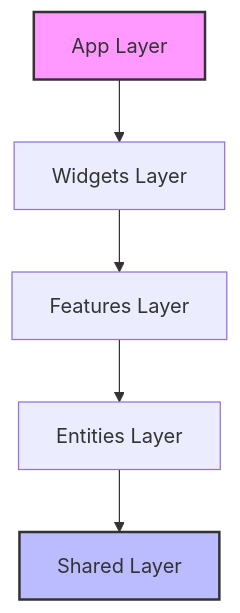
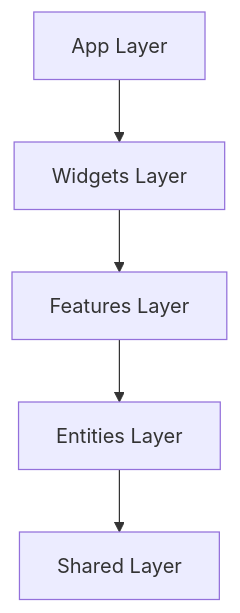
Before and after one commit to umutcantezgel-cpu/Coday: the diagram in README.md, drawn with Mermaid. The commit also changed other lines of this file and 6 other files, not shown here.

````diff
--- a/README.md
+++ b/README.md
@@ -41,10 +29,7 @@
 ```mermaid
 graph TD
     A[App Layer] --> B[Widgets Layer]
     B --> C[Features Layer]
     C --> D[Entities Layer]
     D --> E[Shared Layer]
-
-    style A fill:#f9f,stroke:#333,stroke-width:2px
-    style E fill:#bbf,stroke:#333,stroke-width:2px
 ```
````
